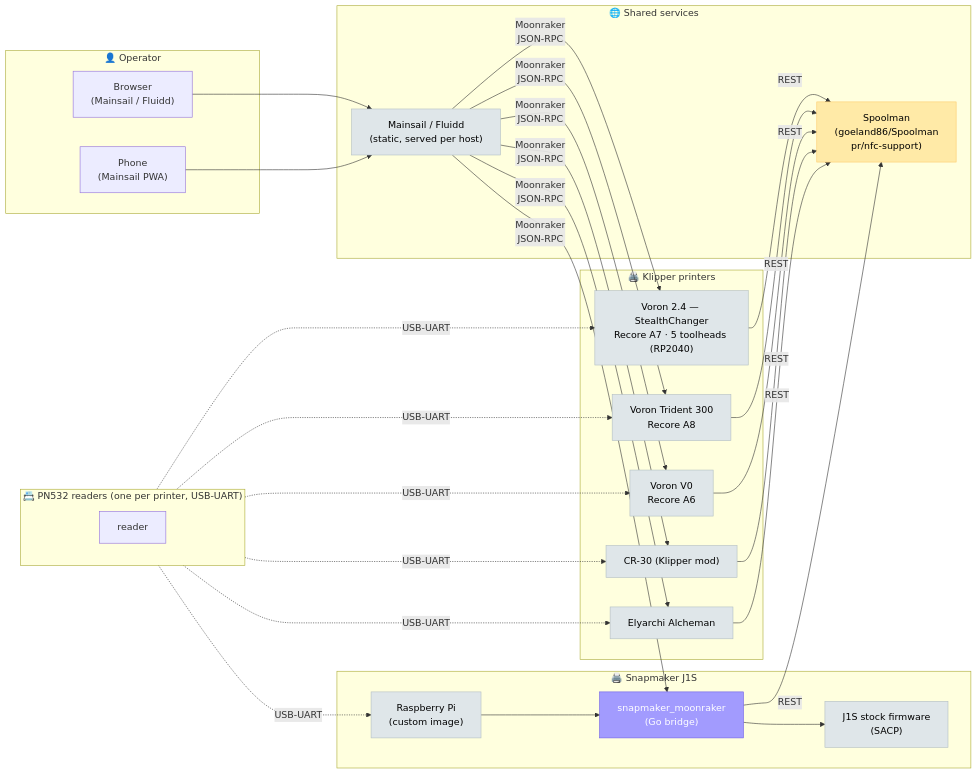
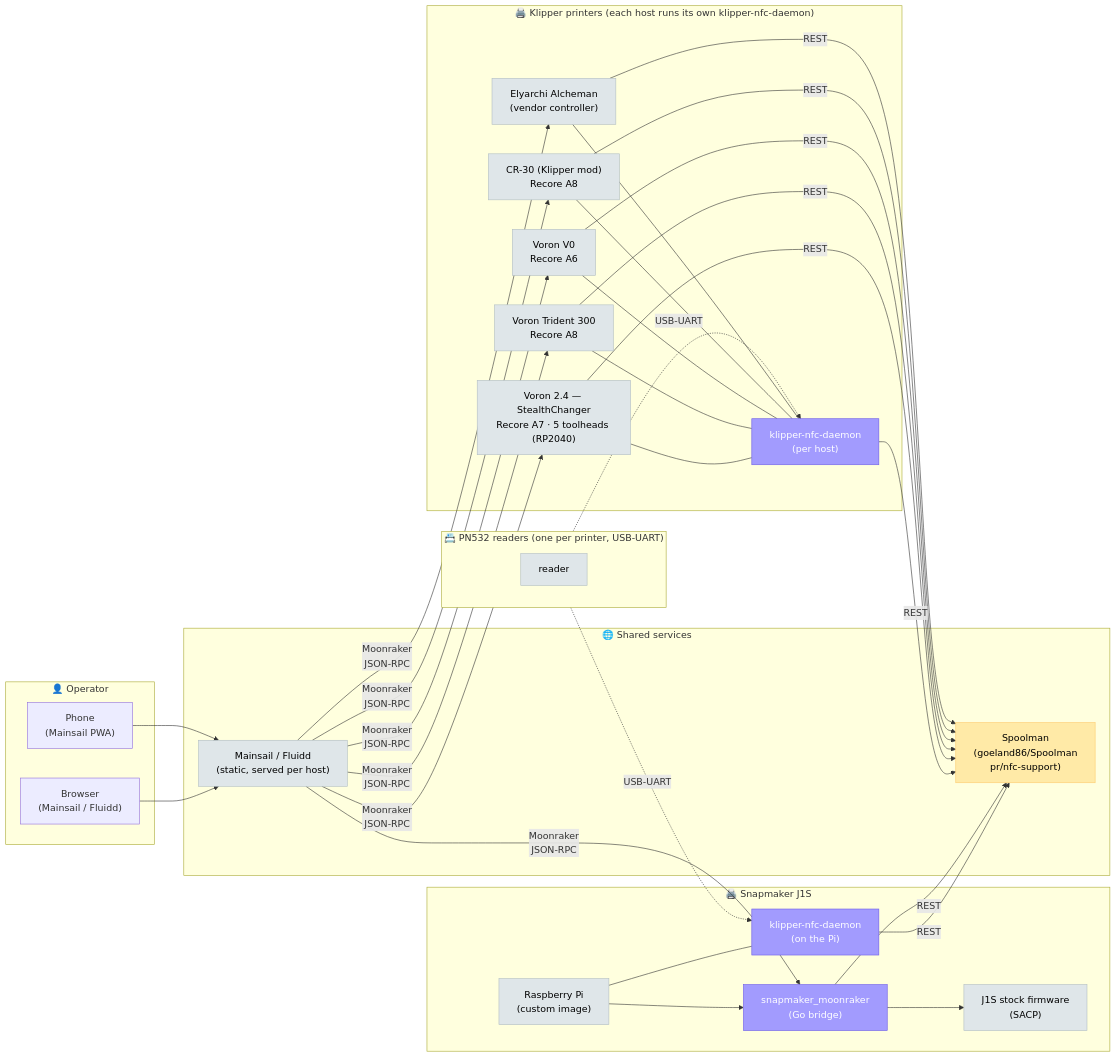
Before and after one commit to goeland86/printing-stack-docs: the first of 2 diagrams in docs/architecture/overview.md, drawn with Mermaid. The commit also changed other lines of this file, not shown here.

Commit message:
Show klipper-nfc-daemon in fleet diagram, fix legend colors
The block diagram on the architecture overview was missing the
klipper-nfc-daemon — the custom Python service that actually does the
NFC work on every printer host. Add it as an explicit node on both
the Klipper side (one daemon per host) and the J1S side (one daemon
on the Pi), wired between the readers and Spoolman, and colour it as
"custom" so its provenance is clear.

The legend below the diagram was rendering three identical
material-square icons (no colour fill on the Material font icon), so
none of vanilla / fork / custom were visually distinguishable. Switch
to inline HTML spans with the same fill/stroke colours as the
Mermaid classDefs so the legend actually keys to the diagram.

````diff
--- a/docs/architecture/overview.md
+++ b/docs/architecture/overview.md
@@ -10,62 +10,68 @@
 ```mermaid
 flowchart LR
     subgraph Operator["👤 Operator"]
         Browser["Browser<br/>(Mainsail / Fluidd)"]
         Phone["Phone<br/>(Mainsail PWA)"]
     end
 
-    subgraph Klipper["🖨️ Klipper printers"]
+    subgraph Klipper["🖨️ Klipper printers (each host runs its own klipper-nfc-daemon)"]
         V24["Voron 2.4 — StealthChanger<br/>Recore A7 · 5 toolheads (RP2040)"]
         Trident["Voron Trident 300<br/>Recore A8"]
         V0["Voron V0<br/>Recore A6"]
-        CR30["CR-30 (Klipper mod)"]
-        Alcheman["Elyarchi Alcheman"]
+        CR30["CR-30 (Klipper mod)<br/>Recore A8"]
+        Alcheman["Elyarchi Alcheman<br/>(vendor controller)"]
+        NFCDaemonK["klipper-nfc-daemon<br/>(per host)"]
+        V24    --- NFCDaemonK
+        Trident --- NFCDaemonK
+        V0      --- NFCDaemonK
+        CR30    --- NFCDaemonK
+        Alcheman --- NFCDaemonK
     end
 
     subgraph J1S["🖨️ Snapmaker J1S"]
         Pi["Raspberry Pi<br/>(custom image)"]
         Bridge["snapmaker_moonraker<br/>(Go bridge)"]
+        NFCDaemonJ["klipper-nfc-daemon<br/>(on the Pi)"]
         J1SFw["J1S stock firmware<br/>(SACP)"]
         Pi --> Bridge --> J1SFw
+        Pi --- NFCDaemonJ
     end
 
     subgraph Readers["📇 PN532 readers (one per printer, USB-UART)"]
         R1[reader]
     end
 
     subgraph Shared["🌐 Shared services"]
         Spoolman["Spoolman<br/>(goeland86/Spoolman<br/>pr/nfc-support)"]
         Mainsail["Mainsail / Fluidd<br/>(static, served per host)"]
     end
 
     Browser --> Mainsail
     Phone --> Mainsail
     Mainsail -->|"Moonraker<br/>JSON-RPC"| V24
     Mainsail -->|"Moonraker<br/>JSON-RPC"| Trident
     Mainsail -->|"Moonraker<br/>JSON-RPC"| V0
     Mainsail -->|"Moonraker<br/>JSON-RPC"| CR30
     Mainsail -->|"Moonraker<br/>JSON-RPC"| Alcheman
     Mainsail -->|"Moonraker<br/>JSON-RPC"| Bridge
 
-    Readers -.->|USB-UART| V24
-    Readers -.->|USB-UART| Trident
-    Readers -.->|USB-UART| V0
-    Readers -.->|USB-UART| CR30
-    Readers -.->|USB-UART| Alcheman
-    Readers -.->|USB-UART| Pi
+    Readers -.->|USB-UART| NFCDaemonK
+    Readers -.->|USB-UART| NFCDaemonJ
 
+    NFCDaemonK -->|REST| Spoolman
+    NFCDaemonJ -->|REST| Spoolman
     V24 -->|REST| Spoolman
     Trident -->|REST| Spoolman
     V0 -->|REST| Spoolman
     CR30 -->|REST| Spoolman
     Alcheman -->|REST| Spoolman
     Bridge -->|REST| Spoolman
 
     classDef fork fill:#ffeaa7,stroke:#fdcb6e,color:#000
     classDef custom fill:#a29bfe,stroke:#6c5ce7,color:#fff
     classDef vanilla fill:#dfe6e9,stroke:#b2bec3,color:#000
 
-    class Bridge,Spoolman fork
-    class Bridge custom
-    class V24,Trident,V0,CR30,Alcheman,J1SFw,Pi,Mainsail vanilla
+    class Spoolman fork
+    class Bridge,NFCDaemonK,NFCDaemonJ custom
+    class V24,Trident,V0,CR30,Alcheman,J1SFw,Pi,Mainsail,R1 vanilla
 ```
````
